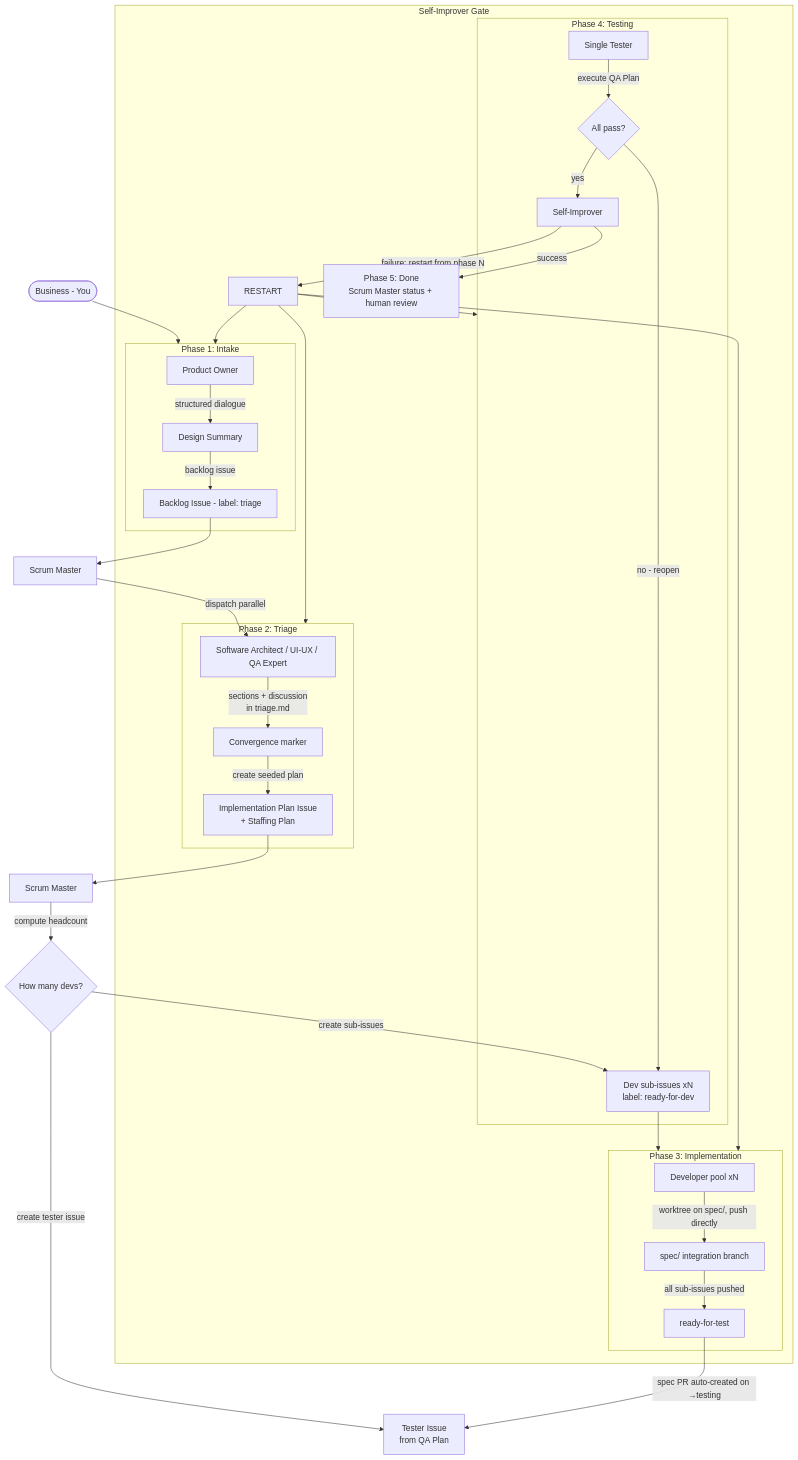
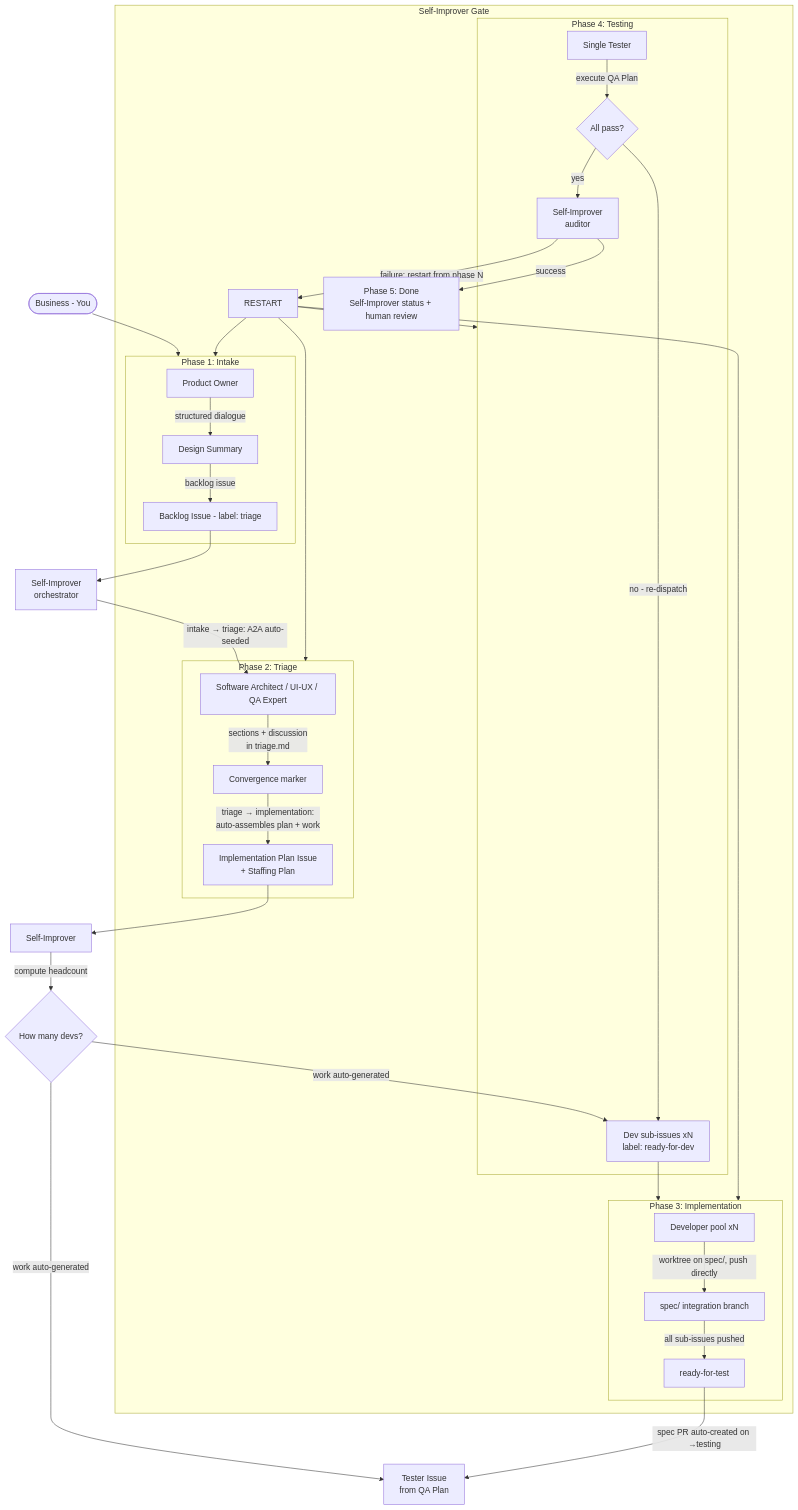
Before and after one commit to FredoAi/fredo: the diagram in docs/agentic-pipeline/pipeline.md, drawn with Mermaid. The commit also changed other lines of this file and 38 other files, not shown here.

````diff
--- a/docs/agentic-pipeline/pipeline.md
+++ b/docs/agentic-pipeline/pipeline.md
@@ -14,50 +16,50 @@
 ```mermaid
 flowchart TD
     B([Business - You]) --> P1
 
     subgraph P1[Phase 1: Intake]
         PO[Product Owner]
         PO --> |structured dialogue| SUM[Design Summary]
         SUM --> |backlog issue| BL[Backlog Issue - label: triage]
     end
 
-    BL --> SM1[Scrum Master]
-    SM1 --> |dispatch parallel| TRIAGE
+    BL --> SI1[Self-Improver<br/>orchestrator]
+    SI1 --> |intake → triage: A2A auto-seeded| TRIAGE
     subgraph P2[Phase 2: Triage]
         TRIAGE[Software Architect / UI-UX / QA Expert]
         TRIAGE --> |sections + discussion<br/>in triage.md| CONV[Convergence marker]
-        CONV --> |create seeded plan| IP[Implementation Plan Issue<br/>+ Staffing Plan]
+        CONV --> |triage → implementation:<br/>auto-assembles plan + work| IP[Implementation Plan Issue<br/>+ Staffing Plan]
     end
 
-    IP --> SM2[Scrum Master]
-    SM2 --> |compute headcount| HEAD{How many devs?}
-    HEAD --> |create sub-issues| SUB[Dev sub-issues xN<br/>label: ready-for-dev]
-    HEAD --> |create tester issue| TIS[Tester Issue<br/>from QA Plan]
+    IP --> SI2[Self-Improver]
+    SI2 --> |compute headcount| HEAD{How many devs?}
+    HEAD --> |work auto-generated| SUB[Dev sub-issues xN<br/>label: ready-for-dev]
+    HEAD --> |work auto-generated| TIS[Tester Issue<br/>from QA Plan]
 
     SUB --> P3
     subgraph P3[Phase 3: Implementation]
         DEV[Developer pool xN]
         DEV --> |worktree on spec/<N>, push directly| SPEC[spec/<N> integration branch]
         SPEC --> |all sub-issues pushed| READY[ready-for-test]
     end
 
     READY --> |spec PR auto-created on →testing| TIS
     subgraph P4[Phase 4: Testing]
         T[Single Tester]
         T --> |execute QA Plan| VERDICT{All pass?}
-        VERDICT --> |no - reopen| SUB
+        VERDICT --> |no - re-dispatch| SUB
         VERDICT --> |yes| AUDIT
     end
 
     subgraph GATE[Self-Improver Gate]
-        AUDIT[Self-Improver]
+        AUDIT[Self-Improver<br/>auditor]
         AUDIT --> |success| DONE2
         AUDIT --> |failure: restart from phase N| RESTART
         RESTART --> P1
         RESTART --> P2
         RESTART --> P3
         RESTART --> P4
     end
 
-    DONE2[Phase 5: Done<br/>Scrum Master status + human review]
+    DONE2[Phase 5: Done<br/>Self-Improver status + human review]
 ```
````
